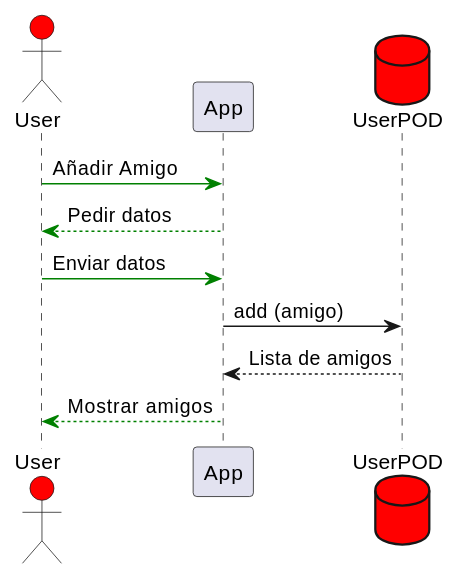
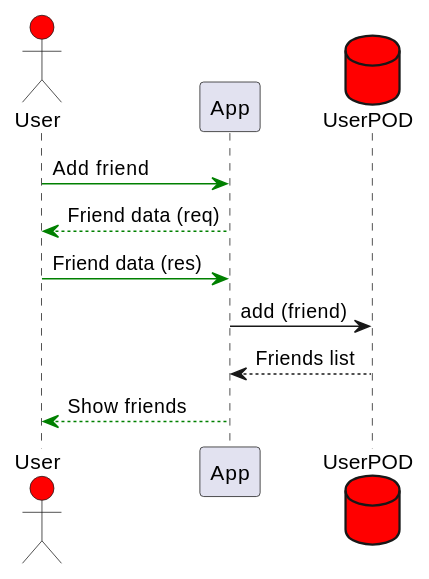
One commit to Arquisoft/radarin_es3b changed the third of 3 diagrams in webapp/docs/06_runtime_view.adoc. Above: the diagram before and after it, drawn with PlantUML. The commit also changed other lines of this file, not shown here.

First line of the commit message:
modified diagrams section 6

```diff
--- a/webapp/docs/06_runtime_view.adoc
+++ b/webapp/docs/06_runtime_view.adoc
@@ -92,14 +92,14 @@
 [plantuml,"friend diagram",png]
 ----
 @startuml
 actor User #red
 participant App
 database UserPOD #red
-User -[#green]> App: Añadir Amigo
-App --[#green]> User: Pedir datos
-User -[#green]> App:Enviar datos
-App -> UserPOD: add (amigo)
-App <-- UserPOD: Lista de amigos
-App --[#green]> User: Mostrar amigos
+User -[#green]> App: Add friend
+App --[#green]> User: Friend data (req)
+User -[#green]> App: Friend data (res)
+App -> UserPOD: add (friend)
+App <-- UserPOD: Friends list
+App --[#green]> User: Show friends
 @enduml
 ----
```
